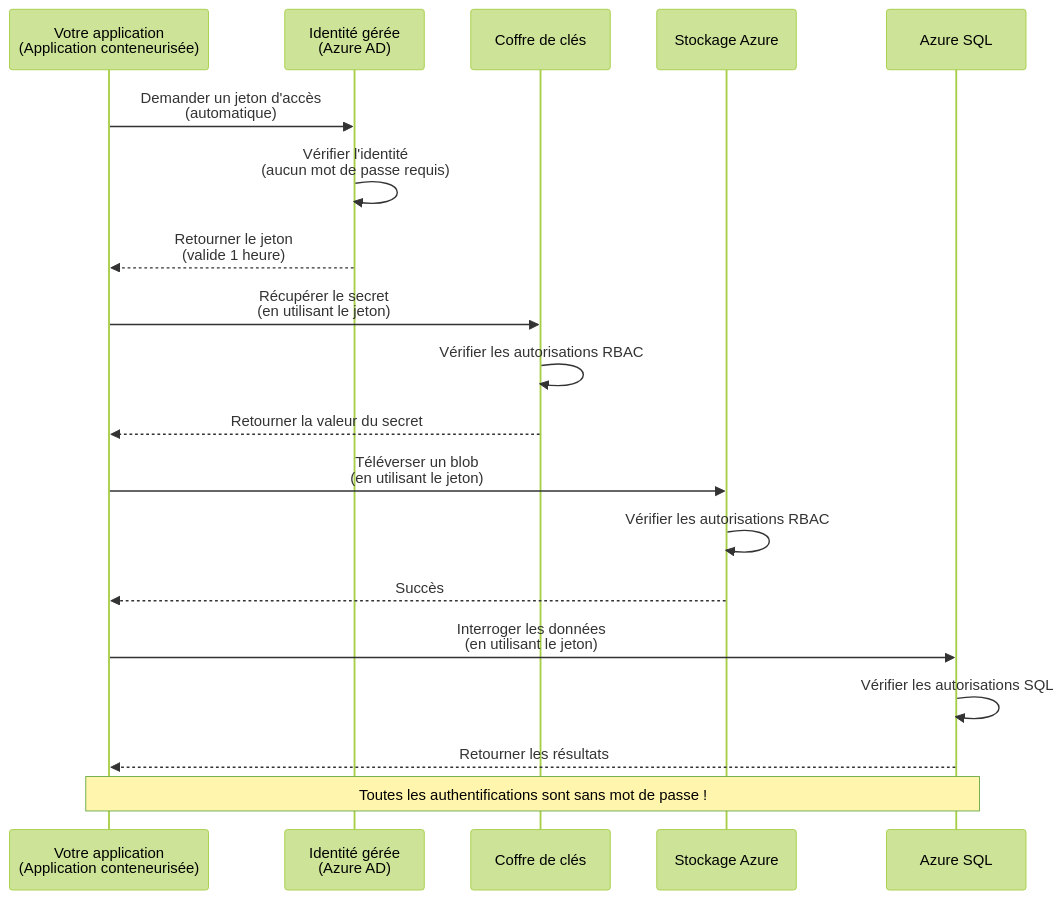
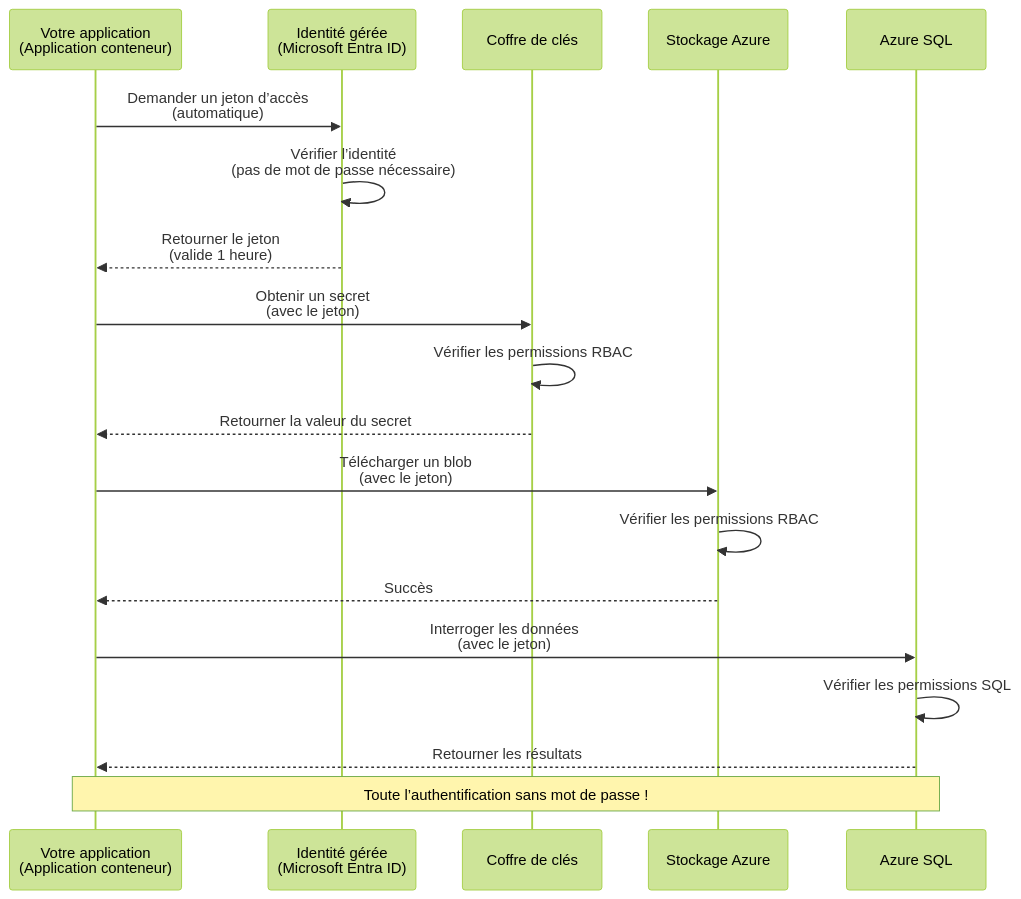
Before and after one commit to microsoft/AZD-for-beginners: the first of 2 diagrams in translations/fr/docs/chapter-03-configuration/authsecurity.md, drawn with Mermaid (forest theme). The commit also changed other lines of this file and 104 other files, not shown here.

````diff
--- a/translations/fr/docs/chapter-03-configuration/authsecurity.md
+++ b/translations/fr/docs/chapter-03-configuration/authsecurity.md
@@ -69,26 +69,26 @@
 ```mermaid
 sequenceDiagram
-    participant App as Votre application<br/>(Application conteneurisée)
-    participant MI as Identité gérée<br/>(Azure AD)
+    participant App as Votre application<br/>(Application conteneur)
+    participant MI as Identité gérée<br/>(Microsoft Entra ID)
     participant KV as Coffre de clés
     participant Storage as Stockage Azure
     participant DB as Azure SQL
     
-    App->>MI: Demander un jeton d'accès<br/>(automatique)
-    MI->>MI: Vérifier l'identité<br/>(aucun mot de passe requis)
+    App->>MI: Demander un jeton d’accès<br/>(automatique)
+    MI->>MI: Vérifier l’identité<br/>(pas de mot de passe nécessaire)
     MI-->>App: Retourner le jeton<br/>(valide 1 heure)
     
-    App->>KV: Récupérer le secret<br/>(en utilisant le jeton)
-    KV->>KV: Vérifier les autorisations RBAC
+    App->>KV: Obtenir un secret<br/>(avec le jeton)
+    KV->>KV: Vérifier les permissions RBAC
     KV-->>App: Retourner la valeur du secret
     
-    App->>Storage: Téléverser un blob<br/>(en utilisant le jeton)
-    Storage->>Storage: Vérifier les autorisations RBAC
+    App->>Storage: Télécharger un blob<br/>(avec le jeton)
+    Storage->>Storage: Vérifier les permissions RBAC
     Storage-->>App: Succès
     
-    App->>DB: Interroger les données<br/>(en utilisant le jeton)
-    DB->>DB: Vérifier les autorisations SQL
+    App->>DB: Interroger les données<br/>(avec le jeton)
+    DB->>DB: Vérifier les permissions SQL
     DB-->>App: Retourner les résultats
     
-    Note over App,DB: Toutes les authentifications sont sans mot de passe !
+    Note over App,DB: Toute l’authentification sans mot de passe !
 ```
````
